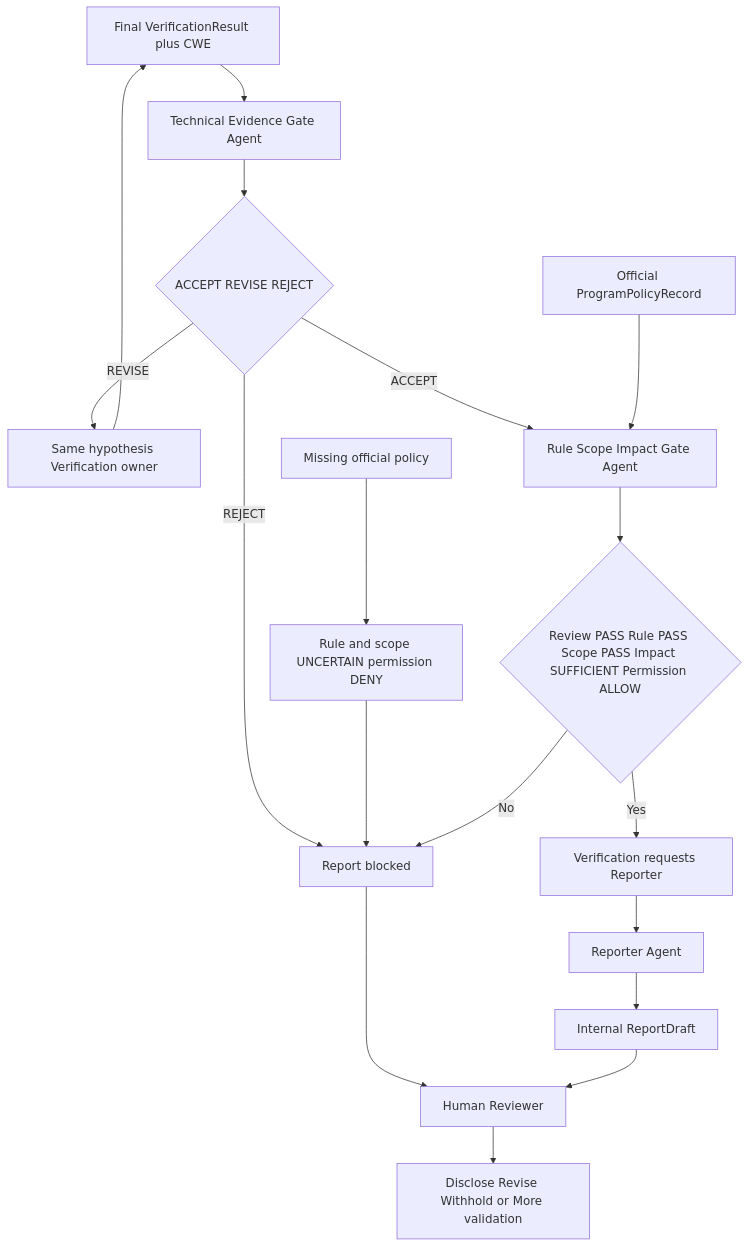
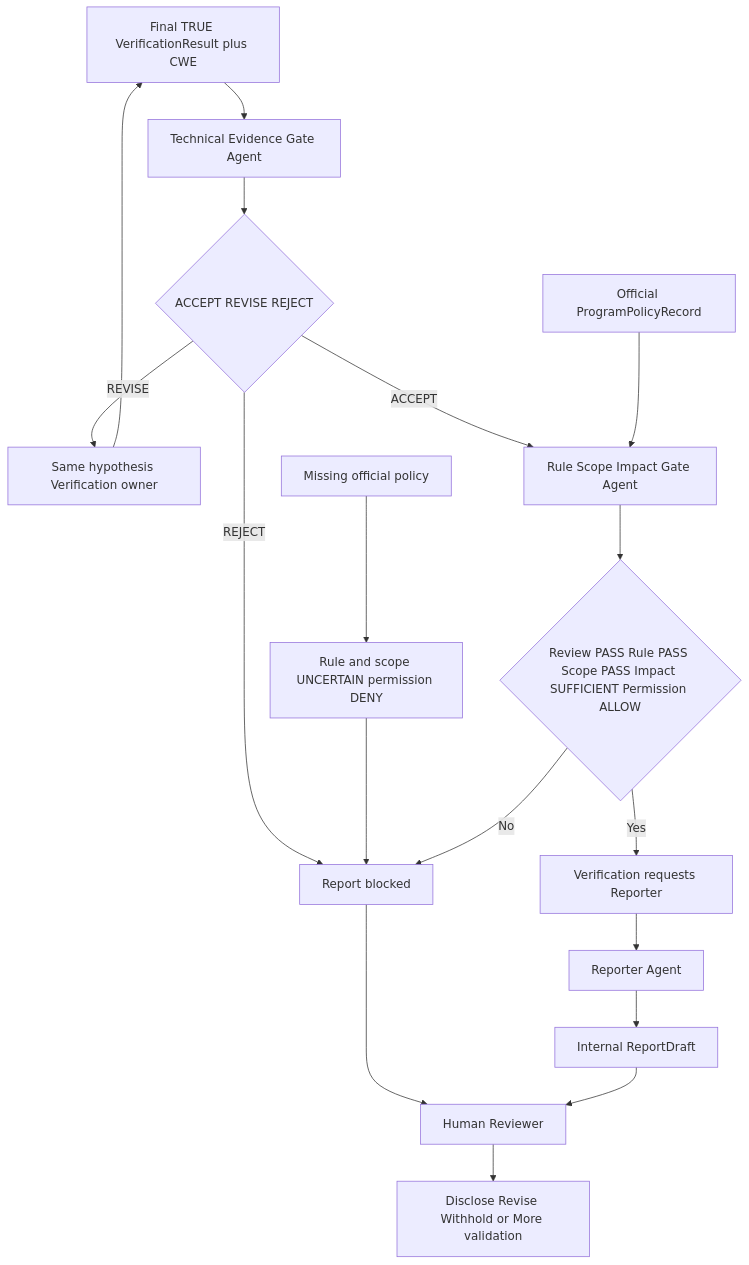
One commit to SASTsimi/sastsimi changed the sixth of 13 diagrams in docs/architecture-v5/13-architecture-diagrams.md. Above: the diagram before and after it, drawn with Mermaid. The commit also changed other lines of this file and 13 other files, not shown here.

````diff
--- a/docs/architecture-v5/13-architecture-diagrams.md
+++ b/docs/architecture-v5/13-architecture-diagrams.md
@@ -221,20 +224,20 @@
 ```mermaid
 flowchart TB
-    VR[Final VerificationResult plus CWE] --> TECH[Technical Evidence Gate Agent]
+    VR[Final TRUE VerificationResult plus CWE] --> TECH[Technical Evidence Gate Agent]
     TECH --> TS{ACCEPT REVISE REJECT}
     TS -->|REVISE| BACK[Same hypothesis Verification owner]
     BACK --> VR
     TS -->|REJECT| BLOCK[Report blocked]
     TS -->|ACCEPT| RULE[Rule Scope Impact Gate Agent]
     POLICY[Official ProgramPolicyRecord] --> RULE
     NOPOL[Missing official policy] --> UNCERTAIN[Rule and scope UNCERTAIN permission DENY]
     UNCERTAIN --> BLOCK
     RULE --> READY{Review PASS Rule PASS Scope PASS Impact SUFFICIENT Permission ALLOW}
     READY -->|No| BLOCK
     READY -->|Yes| RREQ[Verification requests Reporter]
     RREQ --> REPORTER[Reporter Agent]
     REPORTER --> DRAFT[Internal ReportDraft]
     BLOCK --> HUMAN[Human Reviewer]
     DRAFT --> HUMAN
     HUMAN --> DECIDE[Disclose Revise Withhold or More validation]
 ```
````
